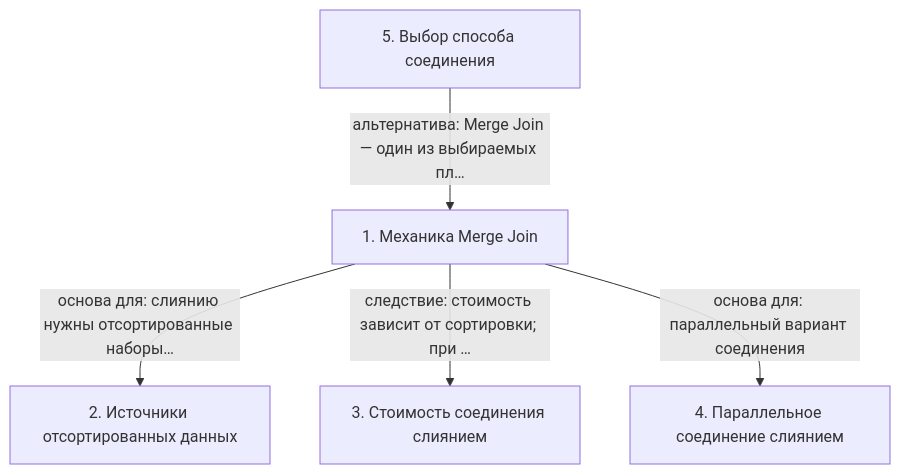
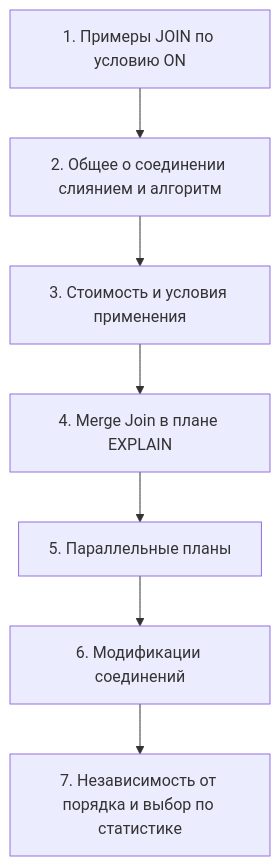
One commit to AsoloCode/notes changed the diagram in postgres-qpt/11 - QPT-16. 10. Соединение слиянием/notes.md. Above: the diagram before and after it, drawn with Mermaid. The commit also changed other lines of this file and 503 other files, not shown here.

First line of the commit message:
Обновить конспекты PostgreSQL (QPT-16, DEV1-16): слайды, схемы, факт-чек

````diff
--- a/postgres-qpt/11 - QPT-16. 10. Соединение слиянием/notes.md
+++ b/postgres-qpt/11 - QPT-16. 10. Соединение слиянием/notes.md
@@ -73,12 +312,16 @@
 ```mermaid
 flowchart TD
-    n1["1. Механика Merge Join"]
-    n2["2. Источники отсортированных данных"]
-    n3["3. Стоимость соединения слиянием"]
-    n4["4. Параллельное соединение слиянием"]
-    n5["5. Выбор способа соединения"]
-    n1 -->|основа для: слиянию нужны отсортированные наборы…| n2
-    n1 -->|следствие: стоимость зависит от сортировки; при …| n3
-    n1 -->|основа для: параллельный вариант соединения| n4
-    n5 -->|альтернатива: Merge Join — один из выбираемых пл…| n1
+    n1["1. Примеры JOIN по условию ON"]
+    n2["2. Общее о соединении слиянием и алгоритм"]
+    n3["3. Стоимость и условия применения"]
+    n4["4. Merge Join в плане EXPLAIN"]
+    n5["5. Параллельные планы"]
+    n6["6. Модификации соединений"]
+    n7["7. Независимость от порядка и выбор по статистике"]
+    n1 --> n2
+    n2 --> n3
+    n3 --> n4
+    n4 --> n5
+    n5 --> n6
+    n6 --> n7
 ```
````
